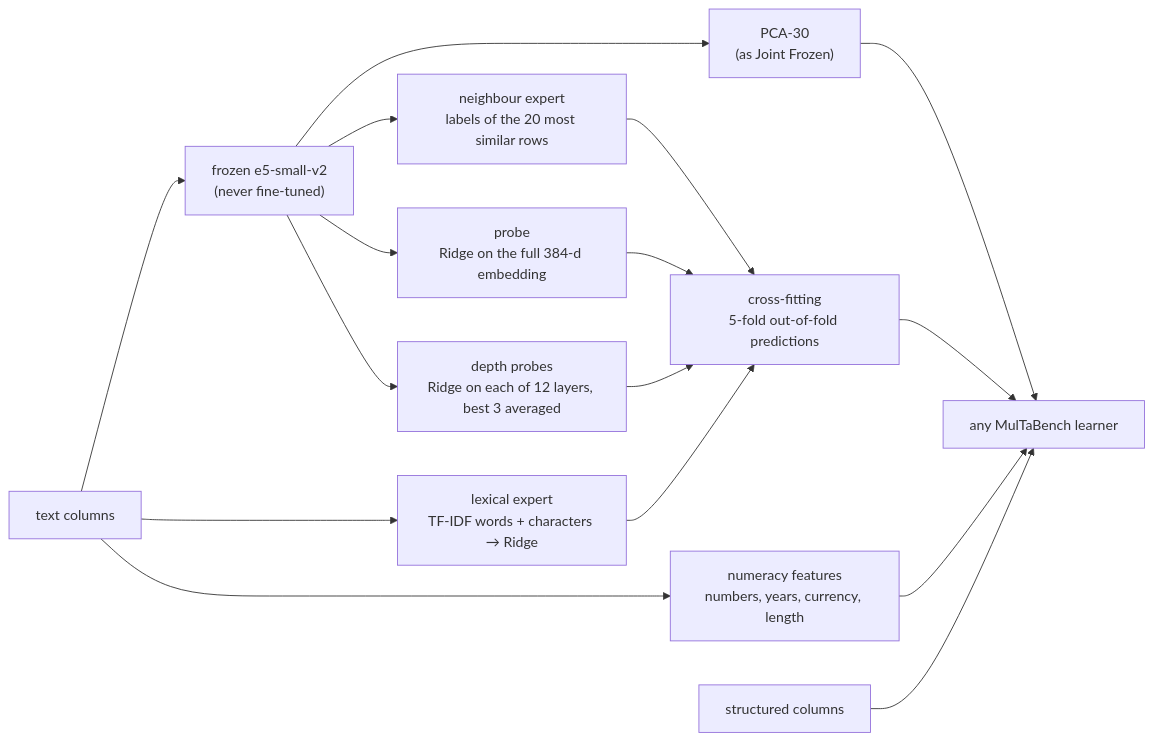
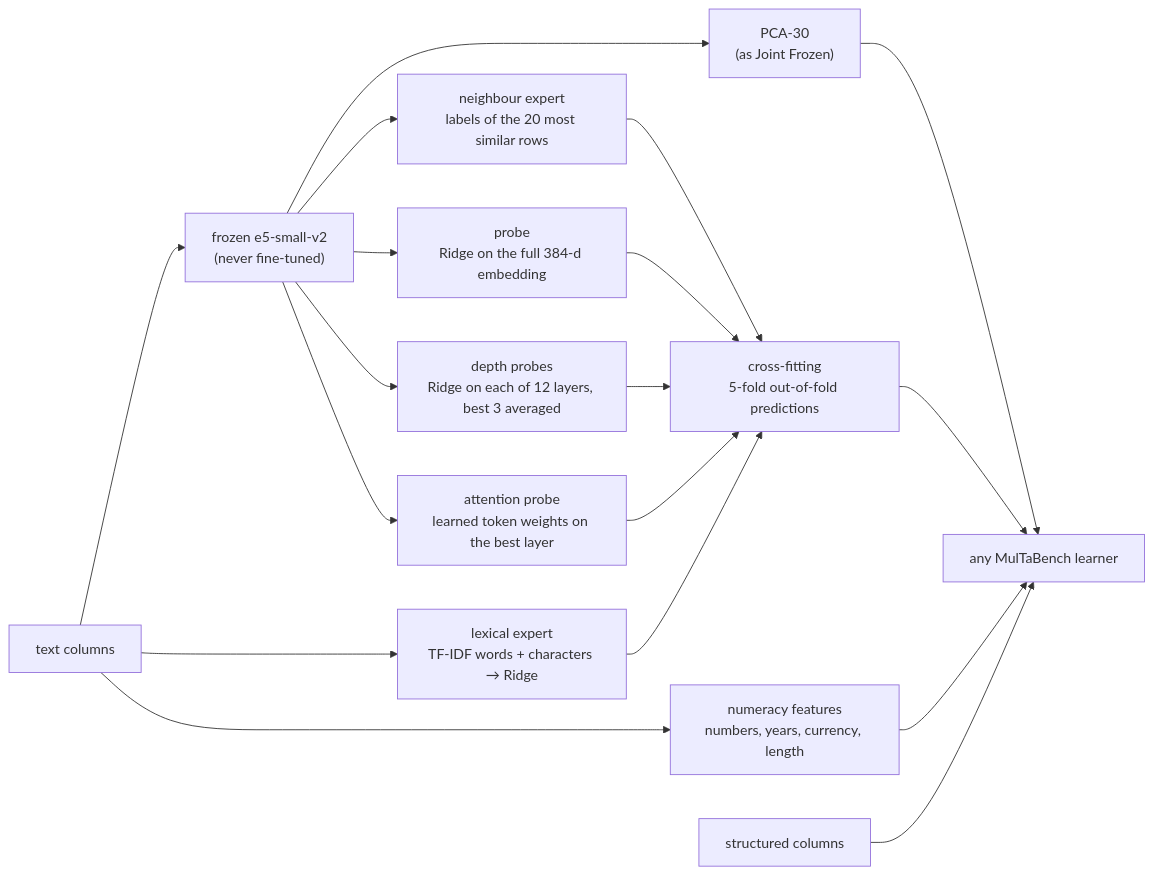
The diagram in README.md (DimaBsharaa/text-tabular-nlp), drawn with Mermaid before and after one commit. The commit also changed other lines of this file and 55 other files, not shown here.

````diff
--- a/README.md
+++ b/README.md
@@ -77,15 +84,16 @@
 ```mermaid
 flowchart LR
     T["text columns"] --> E["frozen e5-small-v2<br/>(never fine-tuned)"]
     T --> L["lexical expert<br/>TF-IDF words + characters → Ridge"]
     E --> P["PCA-30<br/>(as Joint Frozen)"]
     E --> N["neighbour expert<br/>labels of the 20 most similar rows"]
     E --> F["probe<br/>Ridge on the full 384-d embedding"]
     E --> D["depth probes<br/>Ridge on each of 12 layers, best 3 averaged"]
+    E --> A["attention probe<br/>learned token weights on the best layer"]
     T --> M["numeracy features<br/>numbers, years, currency, length"]
-    L & N & F & D --> X["cross-fitting<br/>5-fold out-of-fold predictions"]
+    L & N & F & D & A --> X["cross-fitting<br/>5-fold out-of-fold predictions"]
     S["structured columns"] --> G["any MulTaBench learner"]
     P --> G
     X --> G
     M --> G
 ```
````
